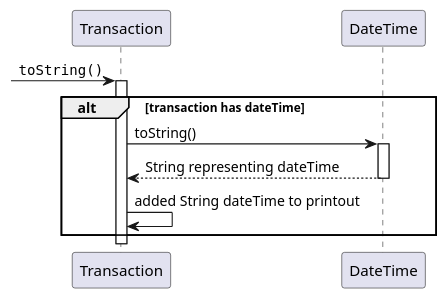
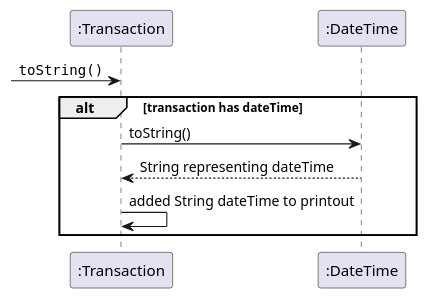
Before and after one commit to AY2324S2-CS2113-T15-1/tp: the diagram in docs/diagrams/printingDateTime.puml, drawn with PlantUML. The commit also changed 7 other files, not shown here.

```diff
--- a/docs/diagrams/printingDateTime.puml
+++ b/docs/diagrams/printingDateTime.puml
@@ -1,13 +1,10 @@
 @startuml
-participant Transaction as Foo
-participant DateTime as Foo1
+participant ":Transaction" as Foo
+participant ":DateTime" as Foo1
 [->      Foo:""toString()""
-activate Foo
 alt transaction has dateTime
     Foo -> Foo1:toString()
-    activate Foo1
     Foo1 --> Foo: String representing dateTime
-    deactivate Foo1
     Foo -> Foo: added String dateTime to printout
 end
 @enduml
```
